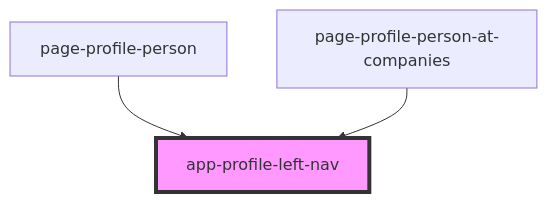
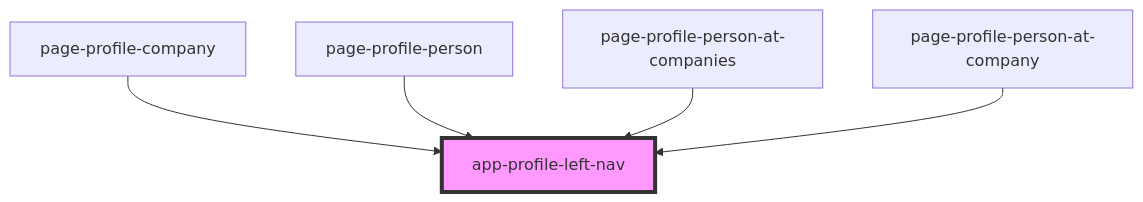
One commit to lokheed/IconEventNetwork.Web changed the diagram in iconeventnetwork-web/src/components/app-profile-left-nav/readme.md. Above: the diagram before and after it, drawn with Mermaid. The commit also changed other lines of this file and 10 other files, not shown here.

````diff
--- a/iconeventnetwork-web/src/components/app-profile-left-nav/readme.md
+++ b/iconeventnetwork-web/src/components/app-profile-left-nav/readme.md
@@ -23,6 +25,8 @@
 ```mermaid
 graph TD;
+  page-profile-company --> app-profile-left-nav
   page-profile-person --> app-profile-left-nav
   page-profile-person-at-companies --> app-profile-left-nav
+  page-profile-person-at-company --> app-profile-left-nav
   style app-profile-left-nav fill:#f9f,stroke:#333,stroke-width:4px
 ```
````
